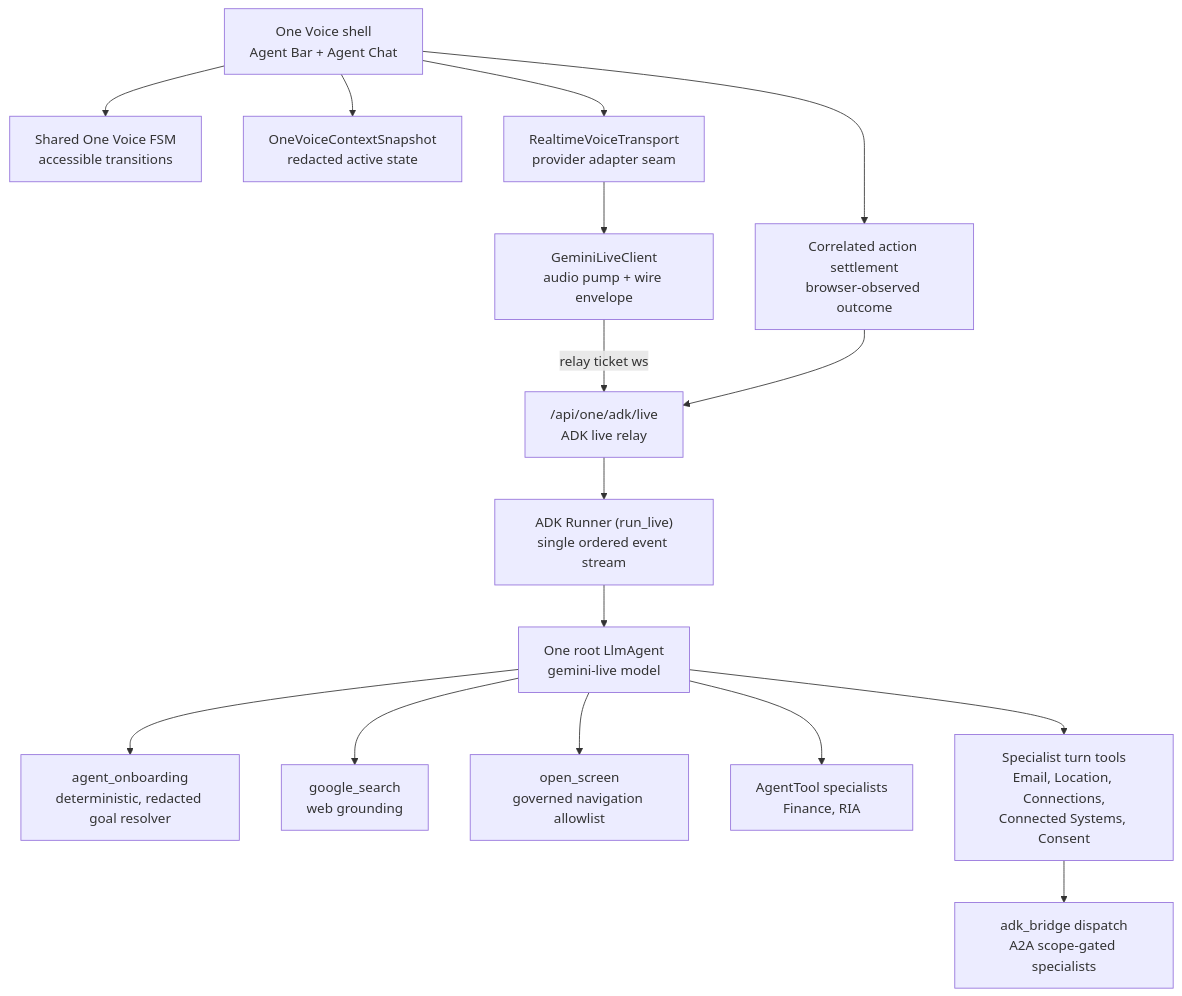
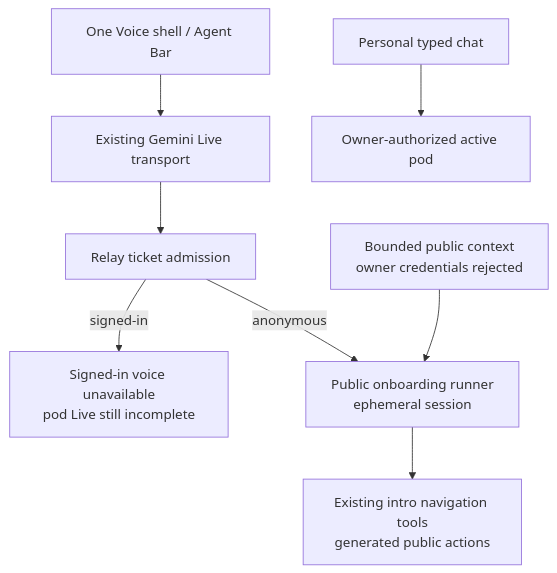
Before and after one commit to hushh-labs/hushh-research: the diagram in docs/reference/one/one-voice-runtime-architecture.md, drawn with Mermaid. The commit also changed other lines of this file and 13 other files, not shown here.

Commit message:
fix(one): refuse private turns on shared runtime ingress

````diff
--- a/docs/reference/one/one-voice-runtime-architecture.md
+++ b/docs/reference/one/one-voice-runtime-architecture.md
@@ -7,34 +7,17 @@
 ```mermaid
 flowchart TD
-  shell["One Voice shell<br/>Agent Bar + Agent Chat"]
-  fsm["Shared One Voice FSM<br/>accessible transitions"]
-  context["OneVoiceContextSnapshot<br/>redacted active state"]
-  transport["RealtimeVoiceTransport<br/>provider adapter seam"]
-  gemini["GeminiLiveClient<br/>audio pump + wire envelope"]
-  settlement["Correlated action settlement<br/>browser-observed outcome"]
-  relay["/api/one/adk/live<br/>ADK live relay"]
-  runner["ADK Runner (run_live)<br/>single ordered event stream"]
-  one["One root LlmAgent<br/>gemini-live model"]
-  onboarding["agent_onboarding<br/>deterministic, redacted goal resolver"]
-  search["google_search<br/>web grounding"]
-  nav["open_screen<br/>governed navigation allowlist"]
-  agenttools["AgentTool specialists<br/>Finance, RIA"]
-  fntools["Specialist turn tools<br/>Email, Location, Connections,<br/>Connected Systems, Consent"]
-  a2a["adk_bridge dispatch<br/>A2A scope-gated specialists"]
-
-  shell --> fsm
-  shell --> context
-  shell --> transport
-  transport --> gemini
-  gemini -- "relay ticket ws" --> relay
-  relay --> runner
-  runner --> one
-  one --> onboarding
-  one --> search
-  one --> nav
-  one --> agenttools
-  one --> fntools
-  fntools --> a2a
-  shell --> settlement
-  settlement --> relay
+  shell["One Voice shell / Agent Bar"]
+  transport["Existing Gemini Live transport"]
+  admission["Relay ticket admission"]
+  refusal["Signed-in voice unavailable<br/>pod Live still incomplete"]
+  intro["Public onboarding runner<br/>ephemeral session"]
+  navigation["Existing intro navigation tools<br/>generated public actions"]
+  context["Bounded public context<br/>owner credentials rejected"]
+  chat["Personal typed chat"]
+  pod["Owner-authorized active pod"]
+  shell --> transport --> admission
+  admission -- "signed-in" --> refusal
+  admission -- "anonymous" --> intro
+  context --> intro --> navigation
+  chat --> pod
 ```
````
